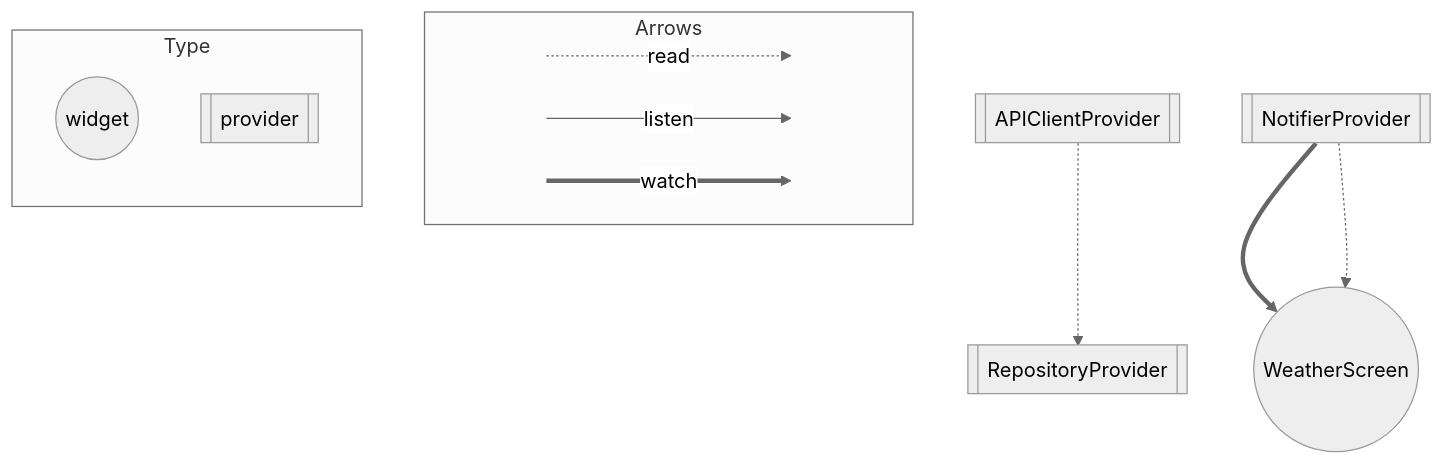
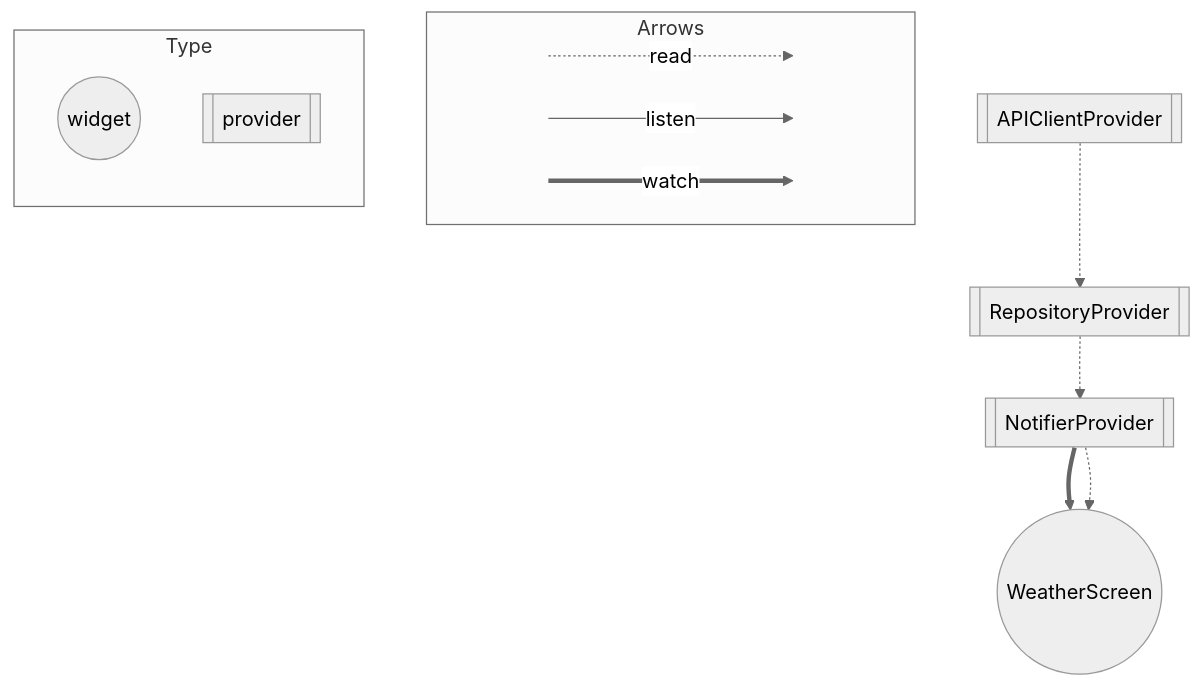
Before and after one commit to macneko-ayu/yumemi-flutter-training: the diagram in ARCHITECTURE.md, drawn with Mermaid (neutral theme).

Commit message:
fix: ARCHITECTURE.mdのmermaid図でNotifierProviderがRepositoryProviderをreadする依存が抜けていたため、修正した

````diff
--- a/ARCHITECTURE.md
+++ b/ARCHITECTURE.md
@@ -22,29 +22,30 @@
 ```mermaid
 flowchart TB
   subgraph Arrows
     direction LR
     start1[ ] -..->|read| stop1[ ]
     style start1 height:0px;
     style stop1 height:0px;
     start2[ ] --->|listen| stop2[ ]
     style start2 height:0px;
     style stop2 height:0px;
     start3[ ] ===>|watch| stop3[ ]
     style start3 height:0px;
     style stop3 height:0px;
   end
   subgraph Type
     direction TB
     ConsumerWidget((widget));
     Provider[[provider]];
   end
 
   RepositoryProvider[["RepositoryProvider"]];
   APIClientProvider[["APIClientProvider"]];
   NotifierProvider[["NotifierProvider"]];
   Screen((WeatherScreen));
 
   NotifierProvider ==> Screen;
   NotifierProvider -.-> Screen;
+  RepositoryProvider -.-> NotifierProvider;
   APIClientProvider -.-> RepositoryProvider;
 ```
````
